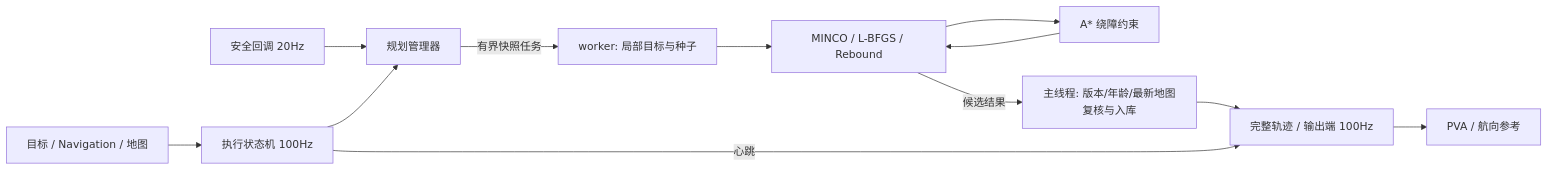
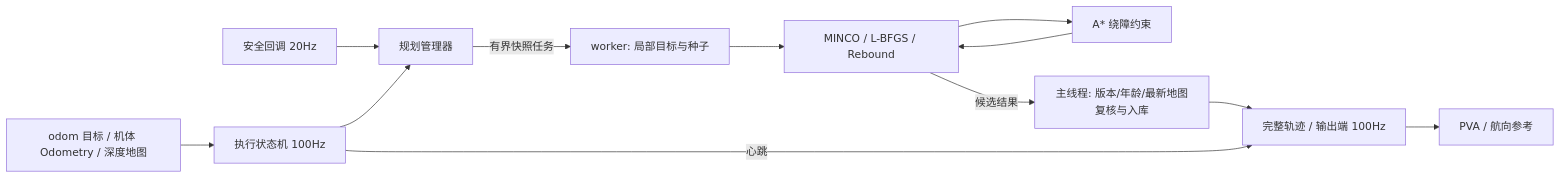
Before and after one commit to 3SE-Competitive-Robotics-Team/firefly: the second of 2 diagrams in docs/architecture.md, drawn with Mermaid. The commit also changed other lines of this file and 36 other files, not shown here.

````diff
--- a/docs/architecture.md
+++ b/docs/architecture.md
@@ -460,14 +437,14 @@
 ```mermaid
 flowchart LR
-    Input[目标 / Navigation / 地图] --> FSM[执行状态机 100Hz]
+    Input[odom 目标 / 机体 Odometry / 深度地图] --> FSM[执行状态机 100Hz]
     Safety[安全回调 20Hz] --> Manager[规划管理器]
     FSM --> Manager
     Manager -->|有界快照任务| Init[worker: 局部目标与种子]
     Init --> Optimizer[MINCO / L-BFGS / Rebound]
     Optimizer --> AStar[A* 绕障约束]
     AStar --> Optimizer
     Optimizer -->|候选结果| Store[主线程: 版本/年龄/最新地图复核与入库]
     Store --> Server[完整轨迹 / 输出端 100Hz]
     FSM -->|心跳| Server
     Server --> Reference[PVA / 航向参考]
 ```
````
